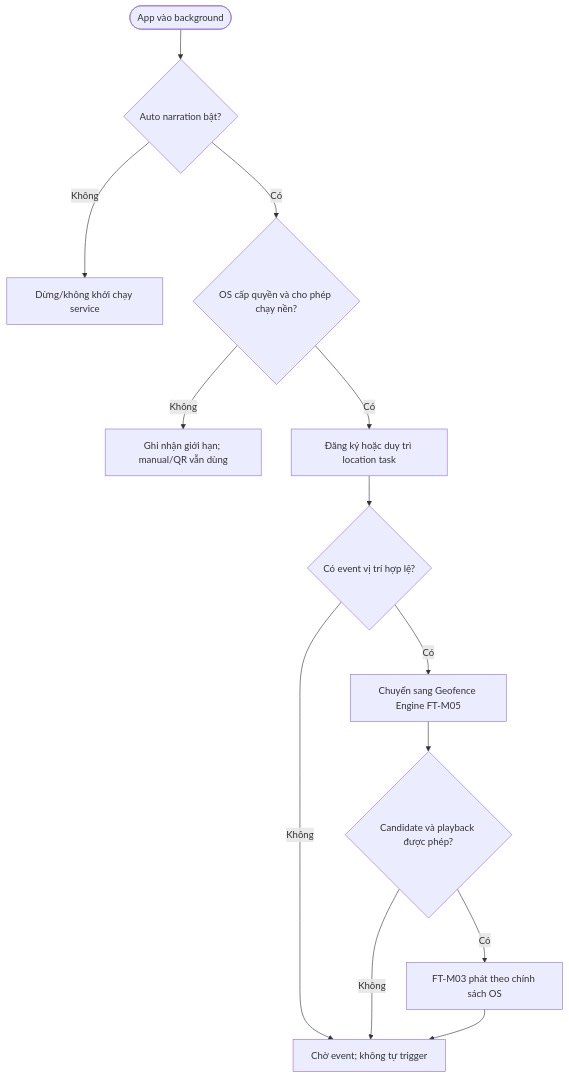
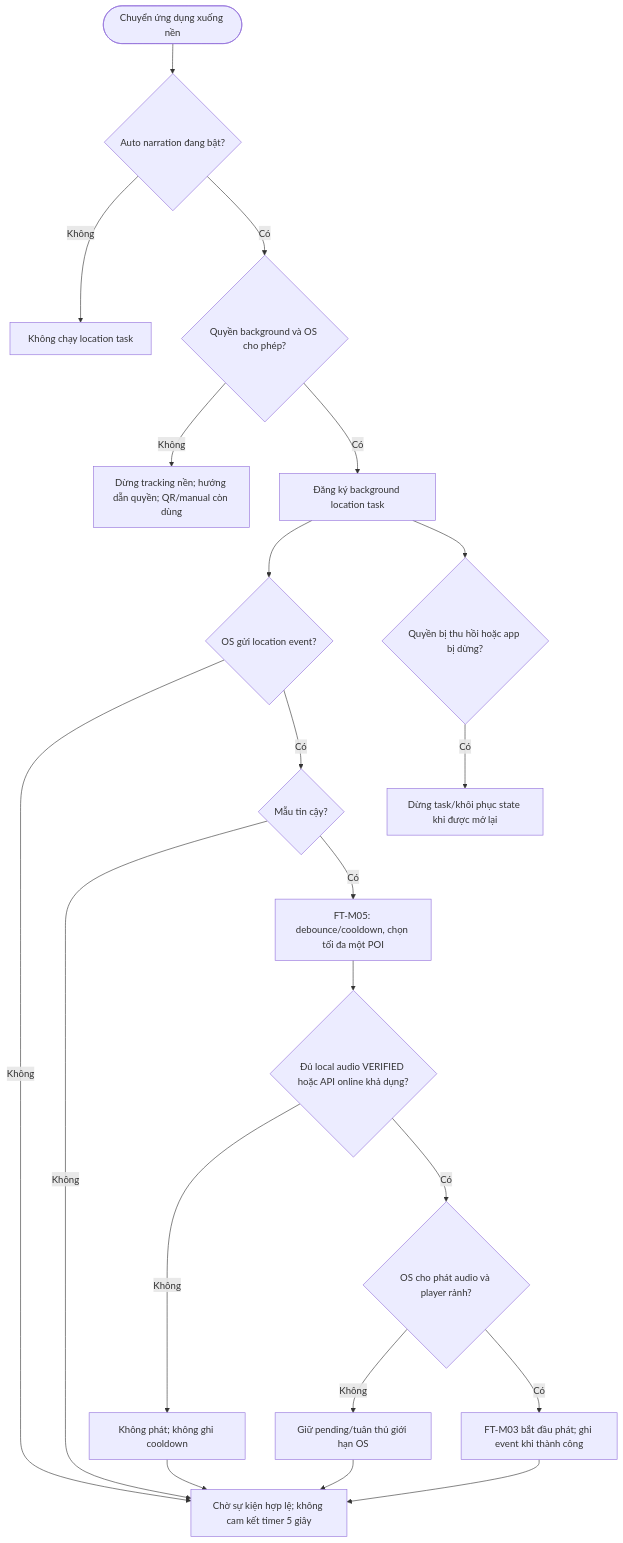
The diagram in docs/use-case/ft-m06-background-location.md (Ko4rut/multilingual-narration-backend), drawn with Mermaid before and after one commit. The commit also changed other lines of this file, not shown here.

Commit message:
docs(use-case): complete alternative/exception paths for ft-m06-background-location

````diff
--- a/docs/use-case/ft-m06-background-location.md
+++ b/docs/use-case/ft-m06-background-location.md
@@ -35,14 +38,20 @@
 ```mermaid
 flowchart TD
-    A([App vào background]) --> B{Auto narration bật?}
-    B -- Không --> X[Dừng/không khởi chạy service]
-    B -- Có --> C{OS cấp quyền và cho phép chạy nền?}
-    C -- Không --> Y[Ghi nhận giới hạn; manual/QR vẫn dùng]
-    C -- Có --> D[Đăng ký hoặc duy trì location task]
-    D --> E{Có event vị trí hợp lệ?}
-    E -- Không --> F[Chờ event; không tự trigger]
-    E -- Có --> G[Chuyển sang Geofence Engine FT-M05]
-    G --> H{Candidate và playback được phép?}
-    H -- Không --> F
-    H -- Có --> I[FT-M03 phát theo chính sách OS] --> F
+ A([Chuyển ứng dụng xuống nền]) --> B{Auto narration đang bật?}
+ B -- Không --> X[Không chạy location task]
+ B -- Có --> C{Quyền background và OS cho phép?}
+ C -- Không --> D[Dừng tracking nền; hướng dẫn quyền; QR/manual còn dùng]
+ C -- Có --> E[Đăng ký background location task]
+ E --> F{OS gửi location event?}
+ F -- Không --> G[Chờ sự kiện hợp lệ; không cam kết timer 5 giây]
+ F -- Có --> H{Mẫu tin cậy?}
+ H -- Không --> G
+ H -- Có --> I[FT-M05: debounce/cooldown, chọn tối đa một POI]
+ I --> J{Đủ local audio VERIFIED hoặc API online khả dụng?}
+ J -- Không --> K[Không phát; không ghi cooldown] --> G
+ J -- Có --> L{OS cho phát audio và player rảnh?}
+ L -- Không --> M[Giữ pending/tuân thủ giới hạn OS] --> G
+ L -- Có --> N[FT-M03 bắt đầu phát; ghi event khi thành công] --> G
+ E --> O{Quyền bị thu hồi hoặc app bị dừng?}
+ O -- Có --> P[Dừng task/khôi phục state khi được mở lại]
 ```
````
